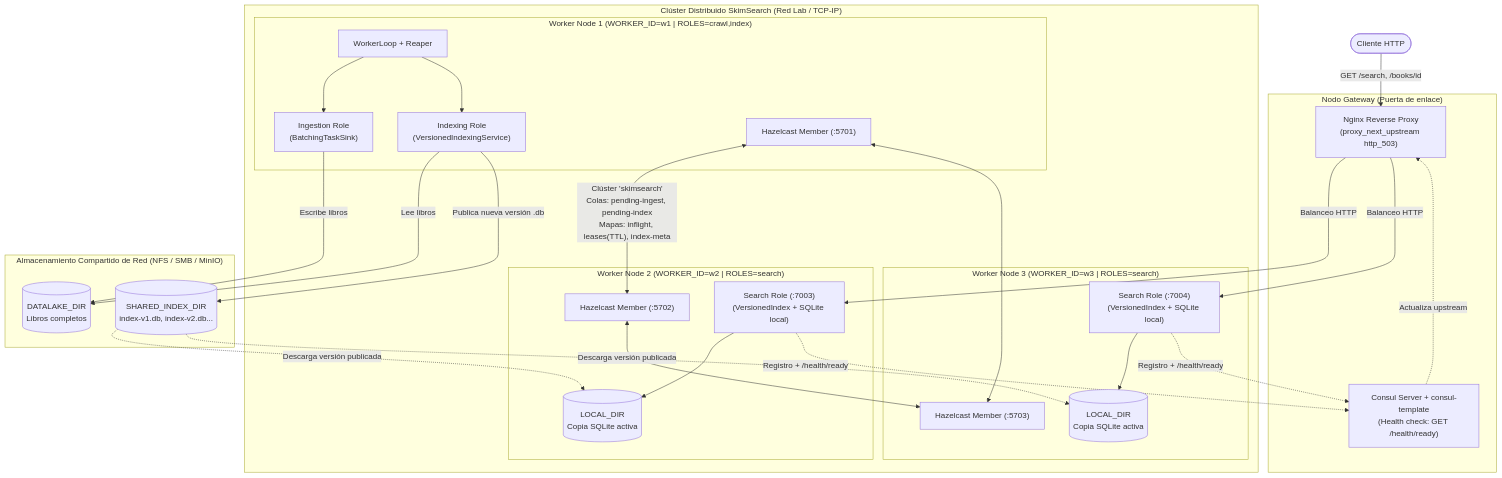
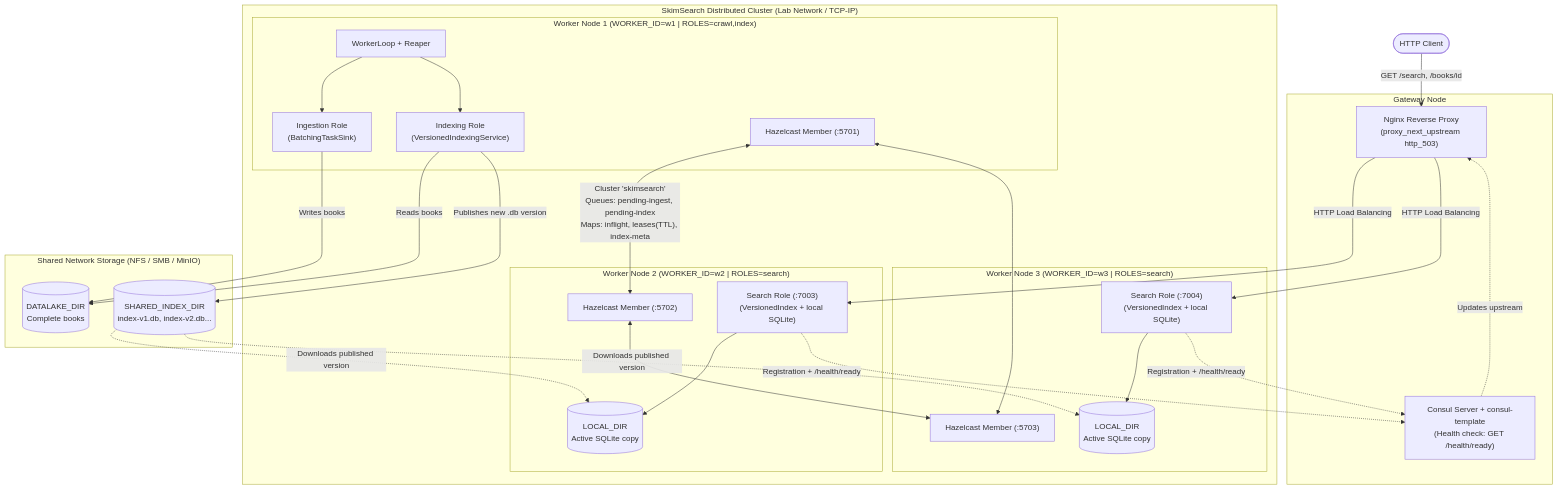
One commit to Skimsearch/stage_3 changed the first of 2 diagrams in deploy/README.md. Above: the diagram before and after it, drawn with Mermaid. The commit also changed other lines of this file and 1 other file, not shown here.

````diff
--- a/deploy/README.md
+++ b/deploy/README.md
@@ -26,55 +26,55 @@
 ```mermaid
 flowchart TB
-    Client([Cliente HTTP]) -->|GET /search, /books/id| Nginx
+    Client([HTTP Client]) -->|GET /search, /books/id| Nginx
 
-    subgraph GatewayNode["Nodo Gateway (Puerta de enlace)"]
+    subgraph GatewayNode["Gateway Node"]
         Nginx["Nginx Reverse Proxy<br/>(proxy_next_upstream http_503)"]
         ConsulSrv["Consul Server + consul-template<br/>(Health check: GET /health/ready)"]
-        ConsulSrv -.->|Actualiza upstream| Nginx
+        ConsulSrv -.->|Updates upstream| Nginx
     end
 
-    subgraph Cluster["Clúster Distribuido SkimSearch (Red Lab / TCP-IP)"]
+    subgraph Cluster["SkimSearch Distributed Cluster (Lab Network / TCP-IP)"]
         subgraph Node1["Worker Node 1 (WORKER_ID=w1 | ROLES=crawl,index)"]
             W1Loop["WorkerLoop + Reaper"]
             Crawl1["Ingestion Role<br/>(BatchingTaskSink)"]
             Index1["Indexing Role<br/>(VersionedIndexingService)"]
             HZ1["Hazelcast Member (:5701)"]
             W1Loop --> Crawl1
             W1Loop --> Index1
         end
 
         subgraph Node2["Worker Node 2 (WORKER_ID=w2 | ROLES=search)"]
-            Search2["Search Role (:7003)<br/>(VersionedIndex + SQLite local)"]
-            Local2[("LOCAL_DIR<br/>Copia SQLite activa")]
+            Search2["Search Role (:7003)<br/>(VersionedIndex + local SQLite)"]
+            Local2[("LOCAL_DIR<br/>Active SQLite copy")]
             HZ2["Hazelcast Member (:5702)"]
             Search2 --> Local2
         end
 
         subgraph Node3["Worker Node 3 (WORKER_ID=w3 | ROLES=search)"]
-            Search3["Search Role (:7004)<br/>(VersionedIndex + SQLite local)"]
-            Local3[("LOCAL_DIR<br/>Copia SQLite activa")]
+            Search3["Search Role (:7004)<br/>(VersionedIndex + local SQLite)"]
+            Local3[("LOCAL_DIR<br/>Active SQLite copy")]
             HZ3["Hazelcast Member (:5703)"]
             Search3 --> Local3
         end
 
-        HZ1 <-->|"Clúster 'skimsearch'<br/>Colas: pending-ingest, pending-index<br/>Mapas: inflight, leases(TTL), index-meta"| HZ2
+        HZ1 <-->|"Cluster 'skimsearch'<br/>Queues: pending-ingest, pending-index<br/>Maps: inflight, leases(TTL), index-meta"| HZ2
         HZ2 <--> HZ3
         HZ1 <--> HZ3
     end
 
-    subgraph SharedStorage["Almacenamiento Compartido de Red (NFS / SMB / MinIO)"]
-        Datalake[("DATALAKE_DIR<br/>Libros completos")]
+    subgraph SharedStorage["Shared Network Storage (NFS / SMB / MinIO)"]
+        Datalake[("DATALAKE_DIR<br/>Complete books")]
         SharedIdx[("SHARED_INDEX_DIR<br/>index-v1.db, index-v2.db...")]
     end
 
-    Nginx -->|Balanceo HTTP| Search2
-    Nginx -->|Balanceo HTTP| Search3
-    Search2 -.->|Registro + /health/ready| ConsulSrv
-    Search3 -.->|Registro + /health/ready| ConsulSrv
+    Nginx -->|HTTP Load Balancing| Search2
+    Nginx -->|HTTP Load Balancing| Search3
+    Search2 -.->|Registration + /health/ready| ConsulSrv
+    Search3 -.->|Registration + /health/ready| ConsulSrv
 
-    Crawl1 -->|Escribe libros| Datalake
-    Index1 -->|Lee libros| Datalake
-    Index1 -->|Publica nueva versión .db| SharedIdx
-    SharedIdx -.->|Descarga versión publicada| Local2
-    SharedIdx -.->|Descarga versión publicada| Local3
+    Crawl1 -->|Writes books| Datalake
+    Index1 -->|Reads books| Datalake
+    Index1 -->|Publishes new .db version| SharedIdx
+    SharedIdx -.->|Downloads published version| Local2
+    SharedIdx -.->|Downloads published version| Local3
 ```
````
